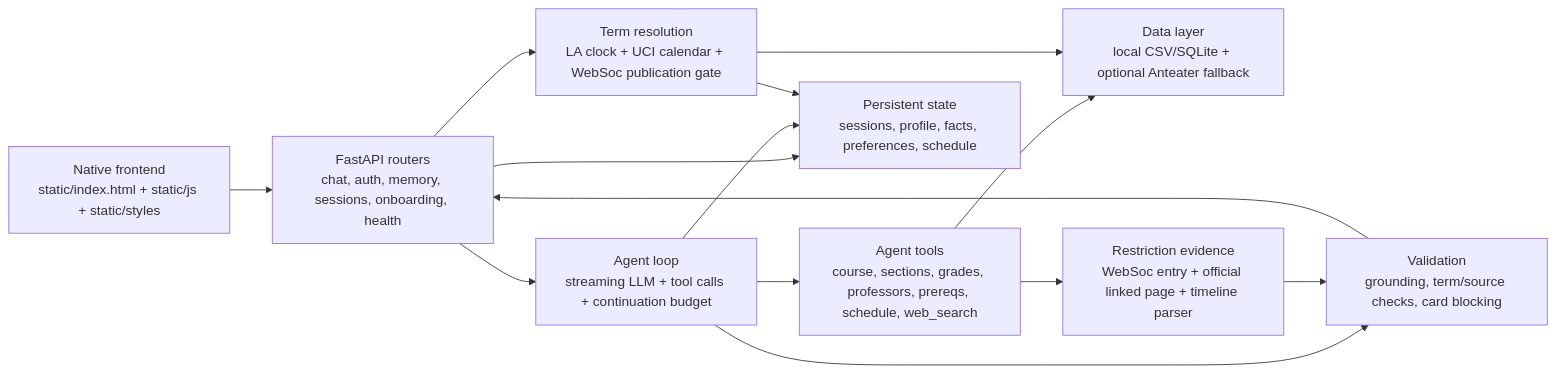
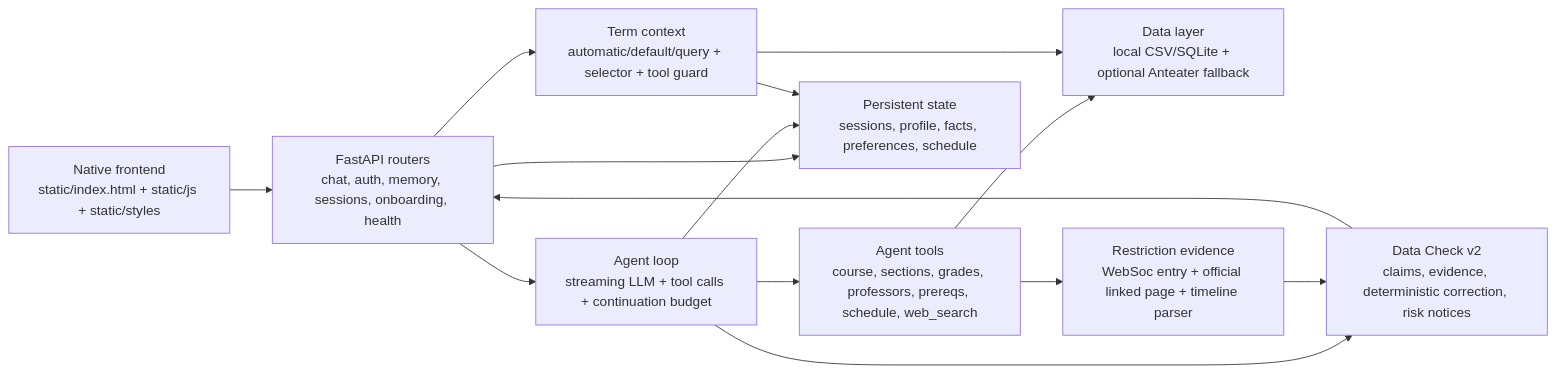
Before and after one commit to Haoqin-Wei/uci-course-advisor: the diagram in README.md, drawn with Mermaid. The commit also changed other lines of this file and 84 other files, not shown here.

````diff
--- a/README.md
+++ b/README.md
@@ -24,26 +27,26 @@
 ```mermaid
 flowchart LR
   Browser["Native frontend<br/>static/index.html + static/js + static/styles"]
   API["FastAPI routers<br/>chat, auth, memory, sessions, onboarding, health"]
   Agent["Agent loop<br/>streaming LLM + tool calls + continuation budget"]
   Tools["Agent tools<br/>course, sections, grades, professors, prereqs, schedule, web_search"]
   Data["Data layer<br/>local CSV/SQLite + optional Anteater fallback"]
   Memory["Persistent state<br/>sessions, profile, facts, preferences, schedule"]
-  Validation["Validation<br/>grounding, term/source checks, card blocking"]
-  Terms["Term resolution<br/>LA clock + UCI calendar + WebSoc publication gate"]
+  Validation["Data Check v2<br/>claims, evidence, deterministic correction, risk notices"]
+  Terms["Term context<br/>automatic/default/query + selector + tool guard"]
   Restrictions["Restriction evidence<br/>WebSoc entry + official linked page + timeline parser"]
 
   Browser --> API
   API --> Agent
   Agent --> Tools
   Tools --> Data
   API --> Memory
   Agent --> Memory
   Agent --> Validation
   Tools --> Restrictions
   Restrictions --> Validation
   Validation --> API
   API --> Terms
   Terms --> Data
   Terms --> Memory
 ```
````
